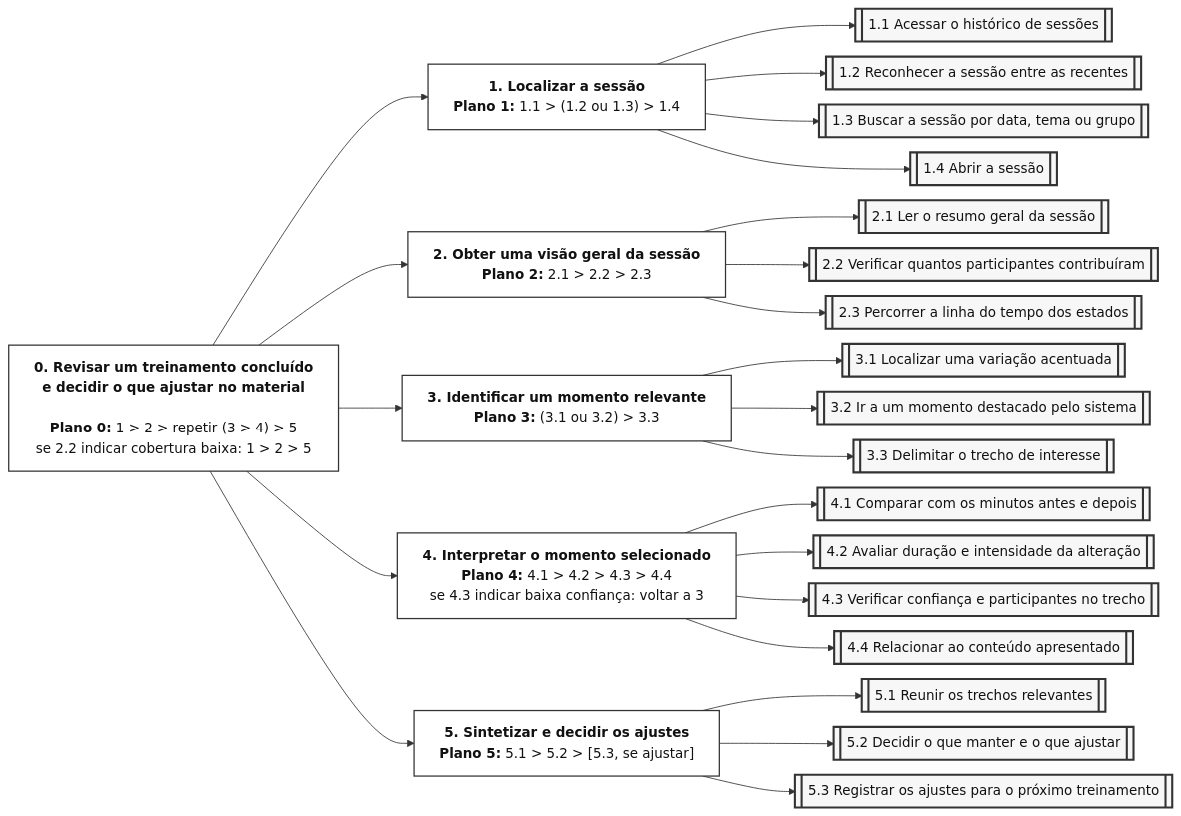
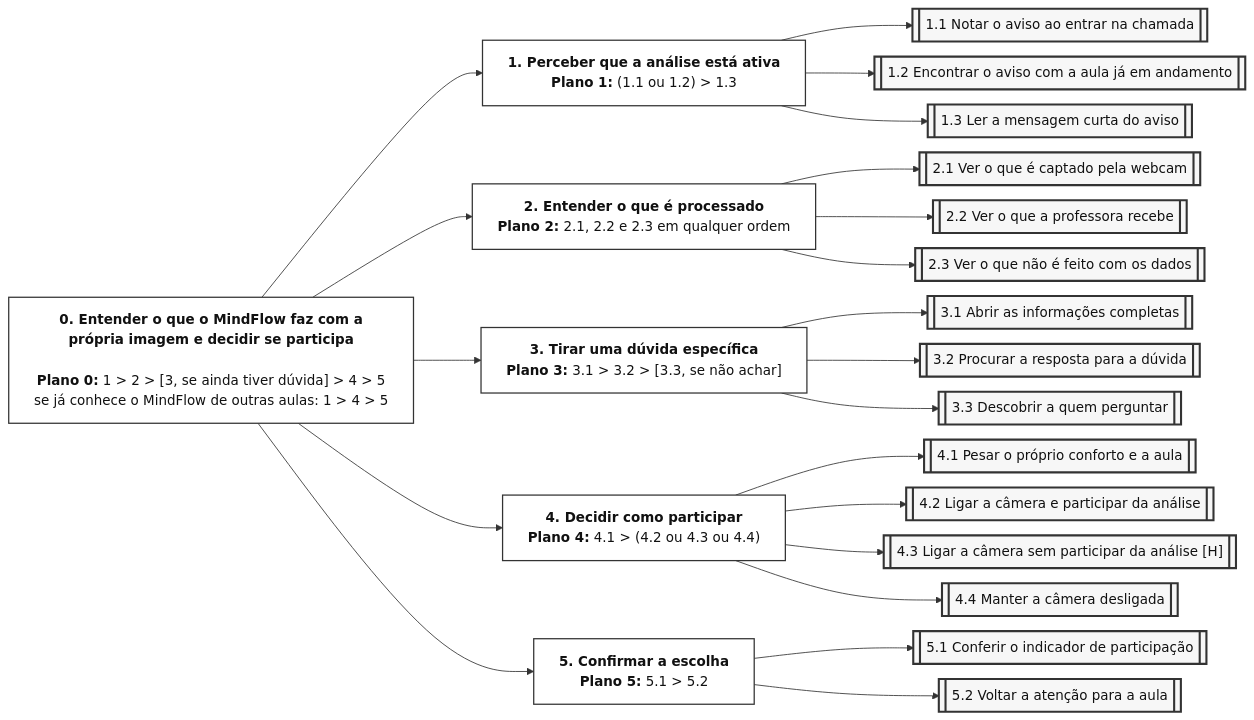
The first of 2 diagrams in docs/05_analise_tarefas.md (IsaRosseto/IHC_MindFlowAI), drawn with Mermaid before and after one commit. The commit also changed other lines of this file, not shown here.

````diff
--- a/docs/05_analise_tarefas.md
+++ b/docs/05_analise_tarefas.md
@@ -53,68 +54,64 @@
 ```mermaid
 %%{init: {"flowchart": {"wrappingWidth": 600, "nodeSpacing": 18, "rankSpacing": 70, "curve": "basis"}}}%%
 flowchart LR
- 
-    T0["<b>0. Revisar um treinamento concluído</b><br/><b>e decidir o que ajustar no material</b><br/><br/><b>Plano 0:</b> 1 > 2 > repetir (3 > 4) > 5<br/>se 2.2 indicar cobertura baixa: 1 > 2 > 5"]
- 
-    T1["<b>1. Localizar a sessão</b><br/><b>Plano 1:</b> 1.1 > (1.2 ou 1.3) > 1.4"]
-    T2["<b>2. Obter uma visão geral da sessão</b><br/><b>Plano 2:</b> 2.1 > 2.2 > 2.3"]
-    T3["<b>3. Identificar um momento relevante</b><br/><b>Plano 3:</b> (3.1 ou 3.2) > 3.3"]
-    T4["<b>4. Interpretar o momento selecionado</b><br/><b>Plano 4:</b> 4.1 > 4.2 > 4.3 > 4.4<br/>se 4.3 indicar baixa confiança: voltar a 3"]
-    T5["<b>5. Sintetizar e decidir os ajustes</b><br/><b>Plano 5:</b> 5.1 > 5.2 > [5.3, se ajustar]"]
- 
+
+    T0["<b>0. Entender o que o MindFlow faz com a</b><br/><b>própria imagem e decidir se participa</b><br/><br/><b>Plano 0:</b> 1 > 2 > [3, se ainda tiver dúvida] > 4 > 5<br/>se já conhece o MindFlow de outras aulas: 1 > 4 > 5"]
+
+    T1["<b>1. Perceber que a análise está ativa</b><br/><b>Plano 1:</b> (1.1 ou 1.2) > 1.3"]
+    T2["<b>2. Entender o que é processado</b><br/><b>Plano 2:</b> 2.1, 2.2 e 2.3 em qualquer ordem"]
+    T3["<b>3. Tirar uma dúvida específica</b><br/><b>Plano 3:</b> 3.1 > 3.2 > [3.3, se não achar]"]
+    T4["<b>4. Decidir como participar</b><br/><b>Plano 4:</b> 4.1 > (4.2 ou 4.3 ou 4.4)"]
+    T5["<b>5. Confirmar a escolha</b><br/><b>Plano 5:</b> 5.1 > 5.2"]
+
     T0 --> T1
     T0 --> T2
     T0 --> T3
     T0 --> T4
     T0 --> T5
- 
-    T11[["1.1 Acessar o histórico de sessões"]]
-    T12[["1.2 Reconhecer a sessão entre as recentes"]]
-    T13[["1.3 Buscar a sessão por data, tema ou grupo"]]
-    T14[["1.4 Abrir a sessão"]]
- 
+
+    T11[["1.1 Notar o aviso ao entrar na chamada"]]
+    T12[["1.2 Encontrar o aviso com a aula já em andamento"]]
+    T13[["1.3 Ler a mensagem curta do aviso"]]
+
     T1 --> T11
     T1 --> T12
     T1 --> T13
-    T1 --> T14
- 
-    T21[["2.1 Ler o resumo geral da sessão"]]
-    T22[["2.2 Verificar quantos participantes contribuíram"]]
-    T23[["2.3 Percorrer a linha do tempo dos estados"]]
- 
+
+    T21[["2.1 Ver o que é captado pela webcam"]]
+    T22[["2.2 Ver o que a professora recebe"]]
+    T23[["2.3 Ver o que não é feito com os dados"]]
+
     T2 --> T21
     T2 --> T22
     T2 --> T23
- 
-    T31[["3.1 Localizar uma variação acentuada"]]
-    T32[["3.2 Ir a um momento destacado pelo sistema"]]
-    T33[["3.3 Delimitar o trecho de interesse"]]
- 
+
+    T31[["3.1 Abrir as informações completas"]]
+    T32[["3.2 Procurar a resposta para a dúvida"]]
+    T33[["3.3 Descobrir a quem perguntar"]]
+
     T3 --> T31
     T3 --> T32
     T3 --> T33
- 
-    T41[["4.1 Comparar com os minutos antes e depois"]]
-    T42[["4.2 Avaliar duração e intensidade da alteração"]]
-    T43[["4.3 Verificar confiança e participantes no trecho"]]
-    T44[["4.4 Relacionar ao conteúdo apresentado"]]
- 
+
+    T41[["4.1 Pesar o próprio conforto e a aula"]]
+    T42[["4.2 Ligar a câmera e participar da análise"]]
+    T43[["4.3 Ligar a câmera sem participar da análise [H]"]]
+    T44[["4.4 Manter a câmera desligada"]]
+
     T4 --> T41
     T4 --> T42
     T4 --> T43
     T4 --> T44
- 
-    T51[["5.1 Reunir os trechos relevantes"]]
-    T52[["5.2 Decidir o que manter e o que ajustar"]]
-    T53[["5.3 Registrar os ajustes para o próximo treinamento"]]
- 
+
+    T51[["5.1 Conferir o indicador de participação"]]
+    T52[["5.2 Voltar a atenção para a aula"]]
+
     T5 --> T51
     T5 --> T52
-    T5 --> T53
- 
+
     classDef objetivo fill:#ffffff,stroke:#333,stroke-width:1.5px,color:#111;
     classDef operacao fill:#f7f7f7,stroke:#333,stroke-width:2.5px,color:#111;
- 
+
     class T0,T1,T2,T3,T4,T5 objetivo;
-    class T11,T12,T13,T14,T21,T22,T23,T31,T32,T33,T41,T42,T43,T44,T51,T52,T53 operacao;
+    class T11,T12,T13,T21,T22,T23,T31,T32,T33,T41,T42,T43,T44,T51,T52 operacao;
 ```
````
